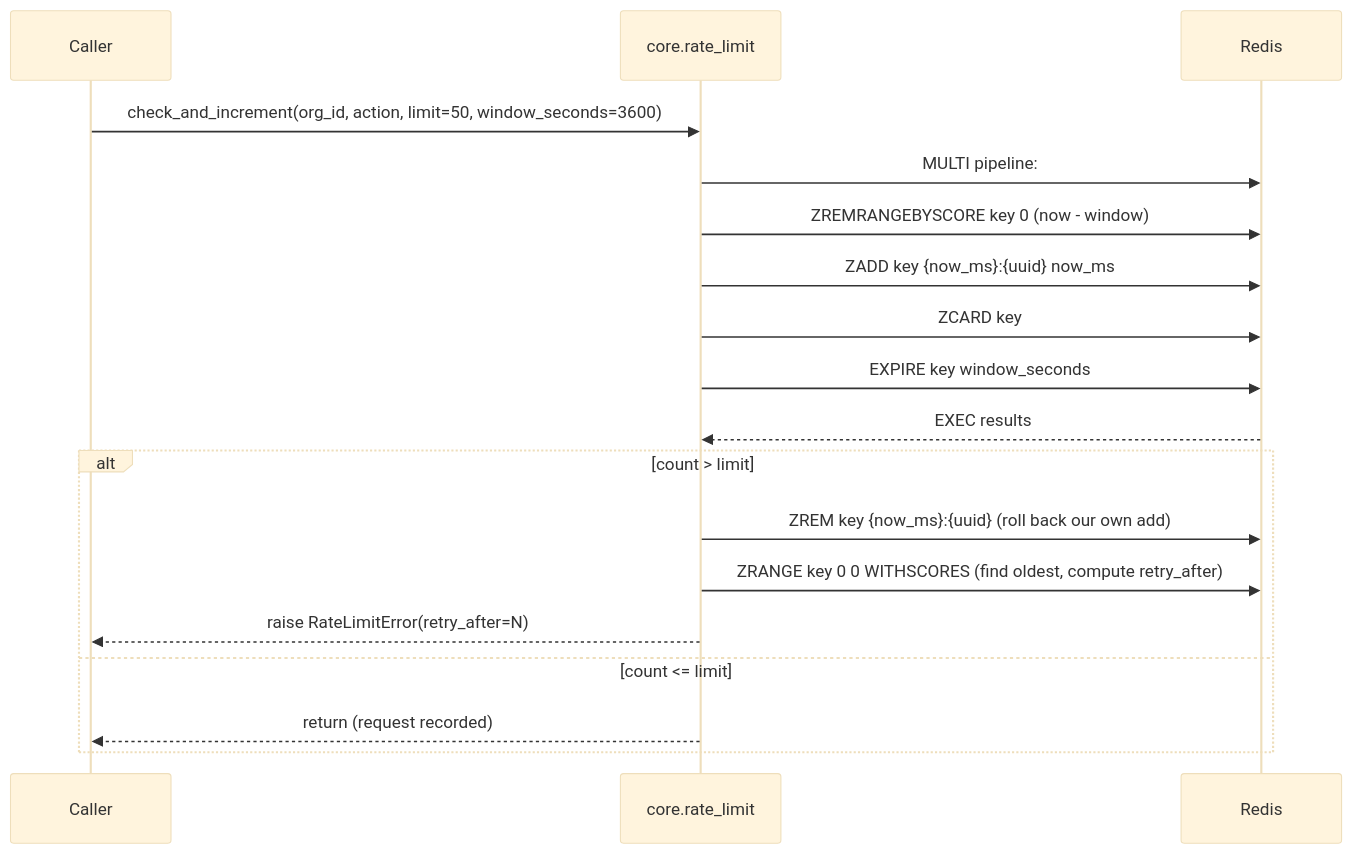
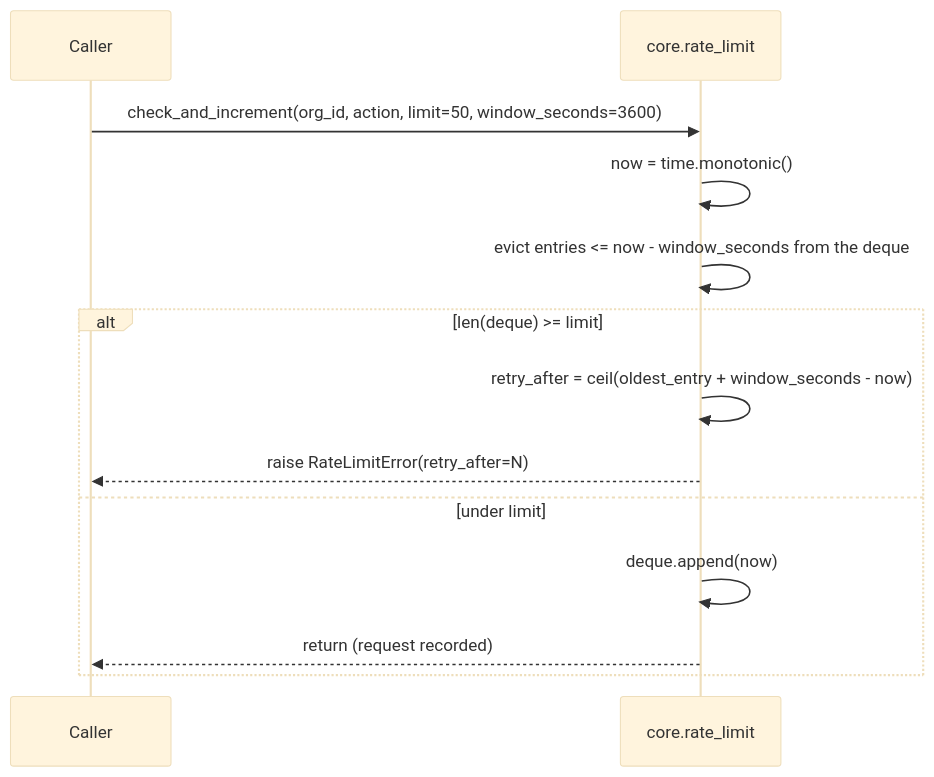
One commit to RafaelOjeda/A2Z-Core changed the diagram in docs/core/rate-limit.md. Above: the diagram before and after it, drawn with Mermaid (base theme). The commit also changed other lines of this file and 32 other files, not shown here.

````diff
--- a/docs/core/rate-limit.md
+++ b/docs/core/rate-limit.md
@@ -18,21 +21,16 @@
 ```mermaid
 sequenceDiagram
     participant Caller
     participant RL as core.rate_limit
-    participant Redis
 
     Caller->>RL: check_and_increment(org_id, action, limit=50, window_seconds=3600)
-    RL->>Redis: MULTI pipeline:
-    RL->>Redis: ZREMRANGEBYSCORE key 0 (now - window)
-    RL->>Redis: ZADD key {now_ms}:{uuid} now_ms
-    RL->>Redis: ZCARD key
-    RL->>Redis: EXPIRE key window_seconds
-    Redis-->>RL: EXEC results
-    alt count > limit
-        RL->>Redis: ZREM key {now_ms}:{uuid}  (roll back our own add)
-        RL->>Redis: ZRANGE key 0 0 WITHSCORES (find oldest, compute retry_after)
+    RL->>RL: now = time.monotonic()
+    RL->>RL: evict entries <= now - window_seconds from the deque
+    alt len(deque) >= limit
+        RL->>RL: retry_after = ceil(oldest_entry + window_seconds - now)
         RL-->>Caller: raise RateLimitError(retry_after=N)
-    else count <= limit
+    else under limit
+        RL->>RL: deque.append(now)
         RL-->>Caller: return (request recorded)
     end
 ```
````
